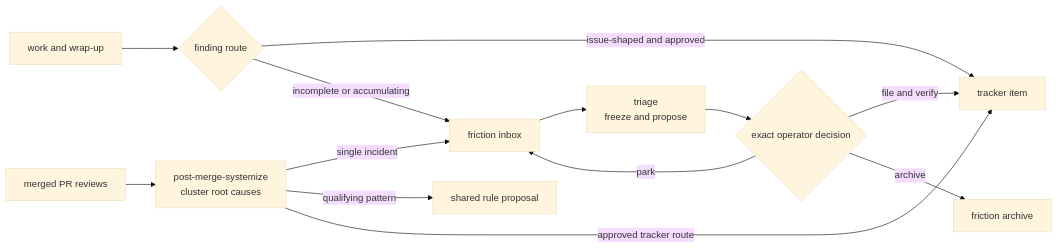
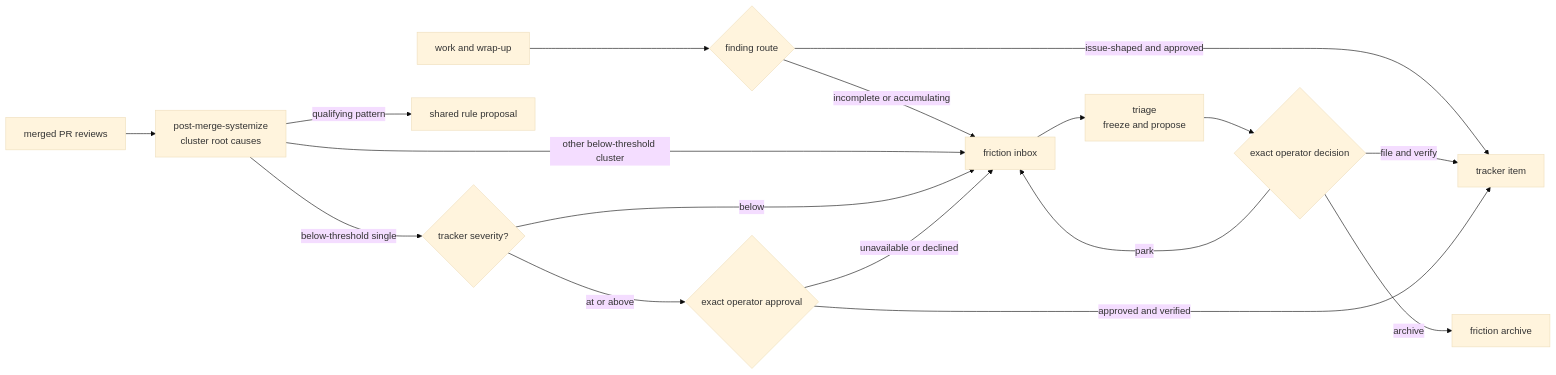
Before and after one commit to topij/agentic-dev-kit: the fourth of 4 diagrams in docs/architecture.md, drawn with Mermaid (base theme). The commit also changed other lines of this file, not shown here.

Commit message:
docs: clarify verification and systemize routes

````diff
--- a/docs/architecture.md
+++ b/docs/architecture.md
@@ -135,15 +135,19 @@
 ```mermaid
 flowchart LR
     Session["work and wrap-up"] --> Finding{"finding route"}
     Finding -->|issue-shaped and approved| Tracker["tracker item"]
     Finding -->|incomplete or accumulating| Inbox["friction inbox"]
     Inbox --> Triage["triage<br/>freeze and propose"]
     Triage --> Decision{"exact operator decision"}
     Decision -->|file and verify| Tracker
     Decision -->|archive| Archive["friction archive"]
     Decision -->|park| Inbox
     Merged["merged PR reviews"] --> Systemize["post-merge-systemize<br/>cluster root causes"]
-    Systemize -->|single incident| Inbox
     Systemize -->|qualifying pattern| Rule["shared rule proposal"]
-    Systemize -->|approved tracker route| Tracker
+    Systemize -->|other below-threshold cluster| Inbox
+    Systemize -->|below-threshold single| Severity{"tracker severity?"}
+    Severity -->|below| Inbox
+    Severity -->|at or above| Approval{"exact operator approval"}
+    Approval -->|approved and verified| Tracker
+    Approval -->|unavailable or declined| Inbox
 ```
````
